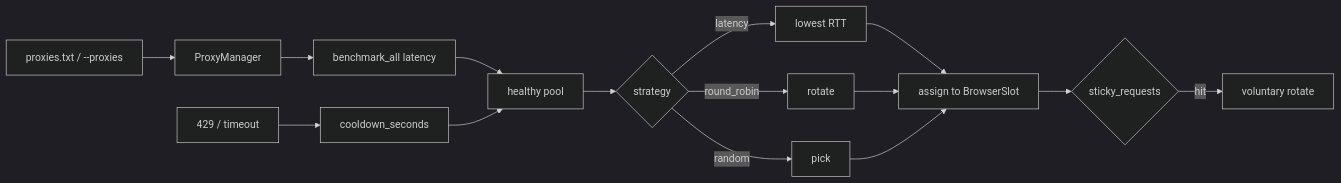
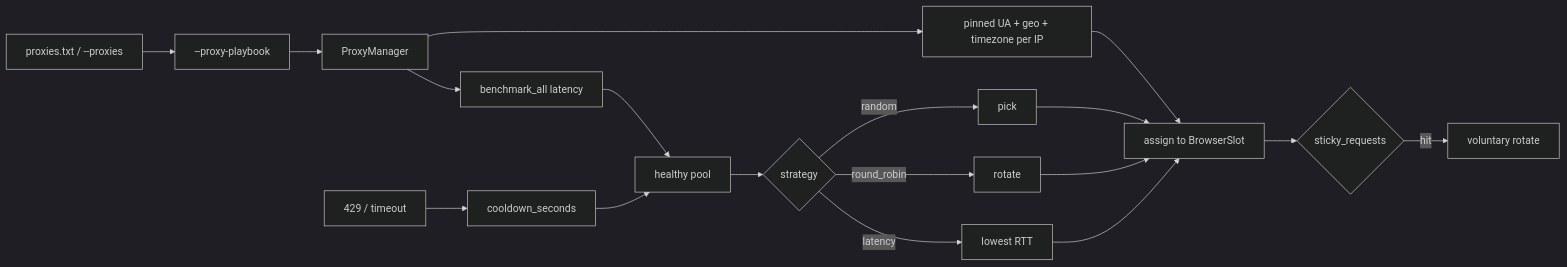
Before and after one commit to Shellghostt/WebVac: the second of 4 diagrams in docs/architecture/PROXY_ORIGIN.md, drawn with Mermaid (dark theme). The commit also changed other lines of this file and 13 other files, not shown here.

First line of the commit message:
Fix ProxyManager pool bugs and wire residential/datacenter playbooks.

````diff
--- a/docs/architecture/PROXY_ORIGIN.md
+++ b/docs/architecture/PROXY_ORIGIN.md
@@ -36,17 +36,20 @@
 ```mermaid
 flowchart LR
-  File[proxies.txt / --proxies] --> PM[ProxyManager]
+  File[proxies.txt / --proxies] --> Playbook[--proxy-playbook]
+  Playbook --> PM[ProxyManager]
   PM --> Bench[benchmark_all latency]
   Bench --> Pool[healthy pool]
   Pool --> Strat{strategy}
   Strat -->|latency| Best[lowest RTT]
   Strat -->|round_robin| RR[rotate]
   Strat -->|random| Rand[pick]
   Best --> Slot[assign to BrowserSlot]
   RR --> Slot
   Rand --> Slot
   Slot --> Sticky{sticky_requests}
   Sticky -->|hit| VolRotate[voluntary rotate]
   Err[429 / timeout] --> Cool[cooldown_seconds]
   Cool --> Pool
+  PM --> Ident[pinned UA + geo + timezone per IP]
+  Ident --> Slot
 ```
````
